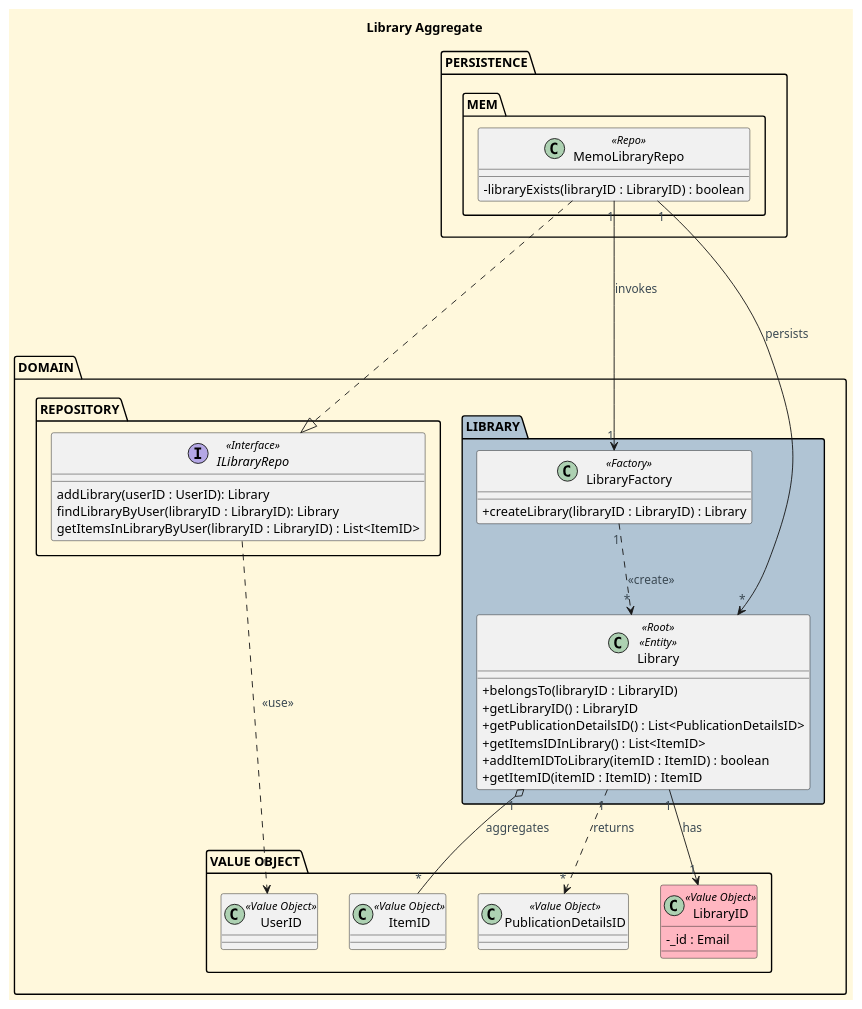
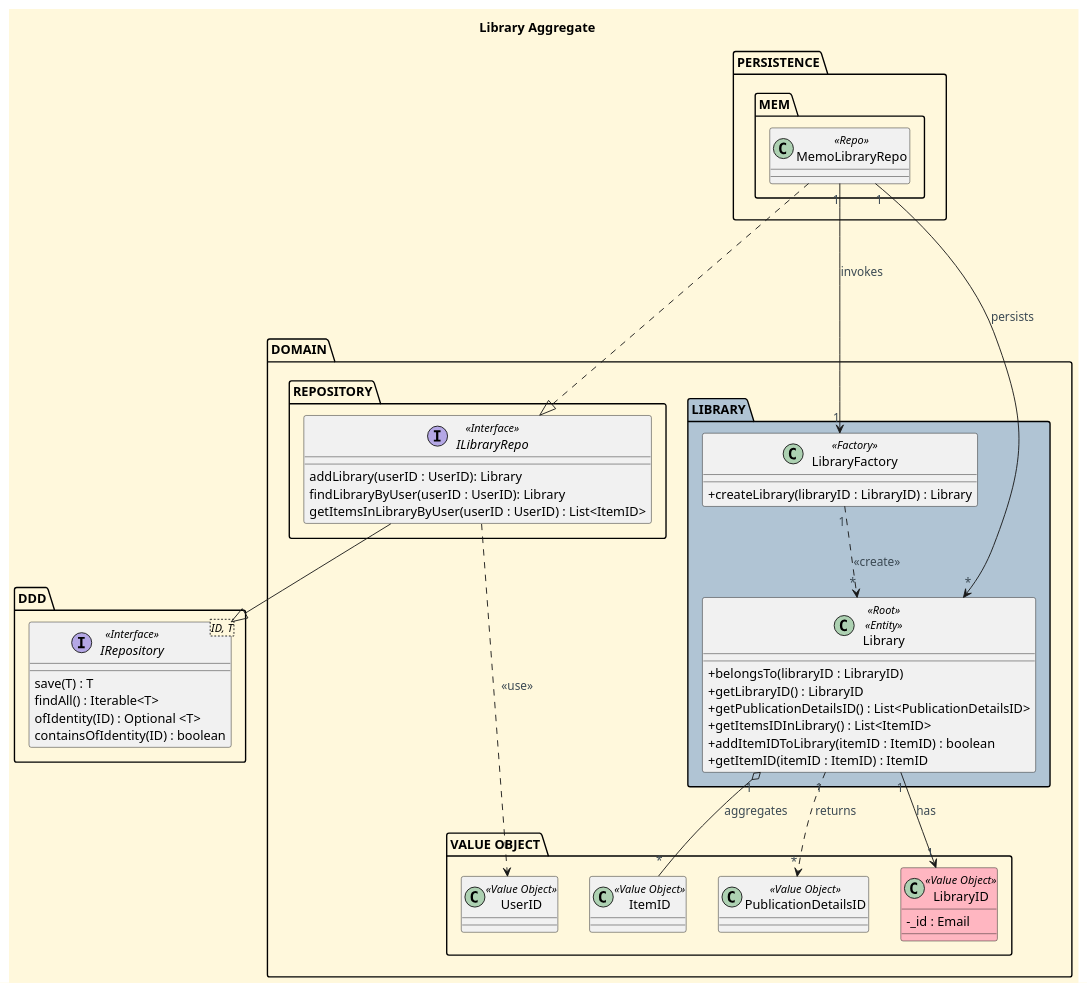
One commit to CarolinaLeite-collab/JavaMarketplacePlatform changed the diagram in docs/aggregates-diagrams/Library_Aggregate.puml. Above: the diagram before and after it, drawn with PlantUML.

Commit message:
docs: updated Library aggregate diagram with IRepository interface, refs #462

```diff
--- a/docs/aggregates-diagrams/Library_Aggregate.puml
+++ b/docs/aggregates-diagrams/Library_Aggregate.puml
@@ -1,94 +1,103 @@
 @startuml
 'https://plantuml.com/class-diagram
 title Library Aggregate
 
 '==== basic style ====
 skinparam monochrome false
 skinparam shadowing false
 skinparam defaultFontName Futura
 skinparam objectFontSize 20
 skinparam backgroundColor CornSilk
 skinparam objectBackgroundColor WhiteSmoke
 skinparam noteBackgroundColor #FFFFE0
 skinparam ArrowFontColor #3B4953
 skinparam ActivationBackgroundColor black
 skinparam classAttributeIconSize 0
 
 top to bottom direction
 
 package "PERSISTENCE" {
 
     package "MEM" {
 
         class MemoLibraryRepo <<Repo>> {
 
 '        - _libraries : List<Library>
-        - libraryExists(libraryID : LibraryID) : boolean
+'        - libraryExists(libraryID : LibraryID) : boolean
         }
 
     }
 }
 
 package "DOMAIN" {
 
-package "REPOSITORY" {
+    package "REPOSITORY" {
 
-    interface ILibraryRepo <<Interface>> {
-    addLibrary(userID : UserID): Library
-    findLibraryByUser(libraryID : LibraryID): Library
-    getItemsInLibraryByUser(libraryID : LibraryID) : List<ItemID>
+        interface ILibraryRepo <<Interface>> {
+        addLibrary(userID : UserID): Library
+        findLibraryByUser(userID : UserID): Library
+        getItemsInLibraryByUser(userID : UserID) : List<ItemID>
+        }
+
+    }
+
+    package "VALUE OBJECT" {
+
+        class LibraryID <<Value Object>> #LightPink {
+        - _id : Email
+        }
+        class ItemID <<Value Object>> {}
+        class PublicationDetailsID <<Value Object>> {}
+        class UserID <<Value Object>>
+
+    }
+
+    package "LIBRARY" #b0c4d4 {
+
+        class Library <<Root>> <<Entity>> {
+    '      - _listItems : List<ItemID>
+          + belongsTo(libraryID : LibraryID)
+          + getLibraryID() : LibraryID
+          + getPublicationDetailsID() : List<PublicationDetailsID>
+          + getItemsIDInLibrary() : List<ItemID>
+          + addItemIDToLibrary(itemID : ItemID) : boolean
+          + getItemID(itemID : ItemID) : ItemID
+        }
+
+        class LibraryFactory <<Factory>> {
+        + createLibrary(libraryID : LibraryID) : Library
+        }
+
     }
 
 }
 
-package "VALUE OBJECT" {
+Package "DDD" {
 
-    class LibraryID <<Value Object>> #LightPink {
-    - _id : Email
-    }
-    class ItemID <<Value Object>> {}
-    class PublicationDetailsID <<Value Object>> {}
-    class UserID <<Value Object>>
-
-}
-
-package "LIBRARY" #b0c4d4 {
-
-    class Library <<Root>> <<Entity>> {
-'      - _listItems : List<ItemID>
-      + belongsTo(libraryID : LibraryID)
-      + getLibraryID() : LibraryID
-      + getPublicationDetailsID() : List<PublicationDetailsID>
-      + getItemsIDInLibrary() : List<ItemID>
-      + addItemIDToLibrary(itemID : ItemID) : boolean
-      + getItemID(itemID : ItemID) : ItemID
-    }
-
-    class LibraryFactory <<Factory>> {
-    + createLibrary(libraryID : LibraryID) : Library
+    interface IRepository<ID, T> <<Interface>> {
+    save(T) : T
+    findAll() : Iterable<T>
+    ofIdentity(ID) : Optional <T>
+    containsOfIdentity(ID) : boolean
     }
 
 }
 
-}
-
-
-
-
 MemoLibraryRepo ...|> ILibraryRepo
+ILibraryRepo --|>  IRepository
 MemoLibraryRepo "1" --> "1" LibraryFactory : invokes
 
 MemoLibraryRepo "1" --> "*" Library : persists
 
 Library "1" --> "1" LibraryID: has
 Library "1" o-- "*" ItemID: aggregates
 Library "1" ..> "*" PublicationDetailsID: returns
 
 LibraryFactory "1" ..> "*" Library: <<create>>
 
 ILibraryRepo ...> UserID : <<use>>
 
 'ILibraryRepo "1" ..> "*" Library: manages
 'ILibraryRepo "1" ..> "*" LibraryID: uses
 
 @enduml
```
